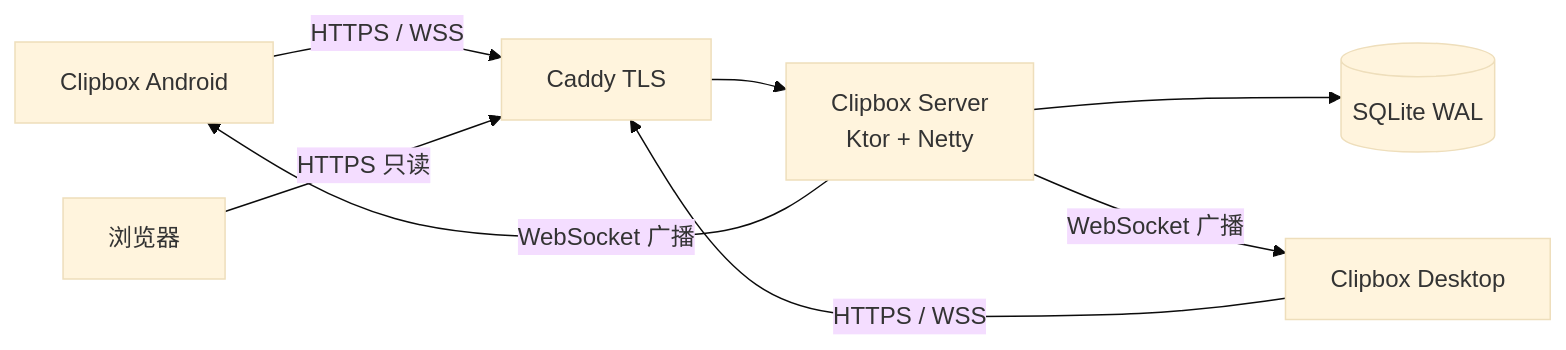
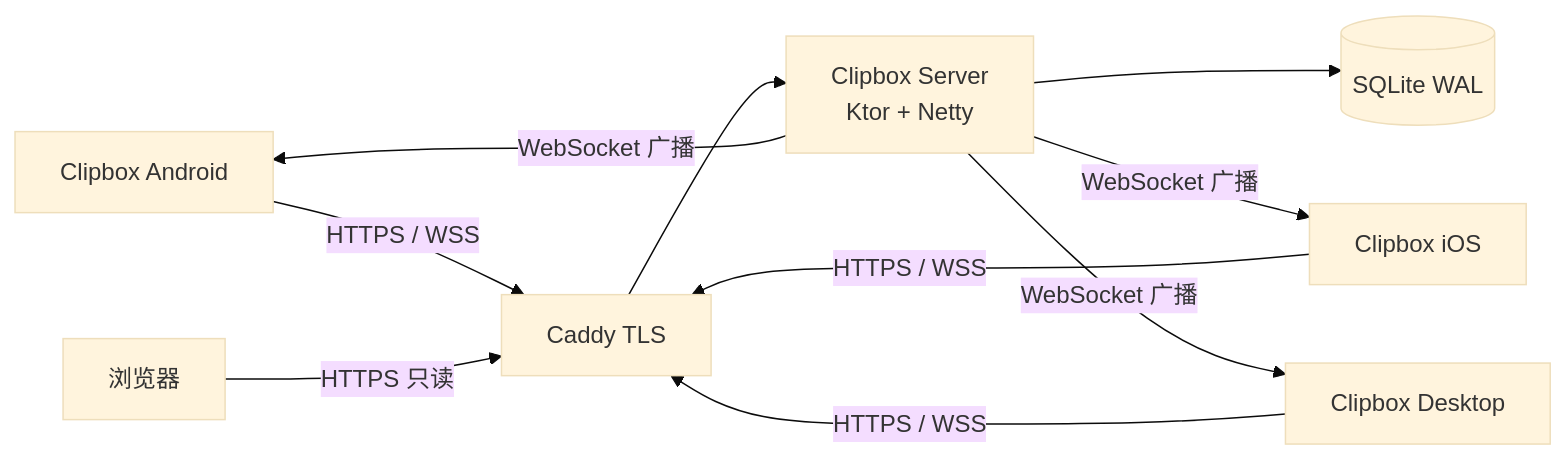
Before and after one commit to xingfengwxx/Clipbox: the diagram in docs/README.md, drawn with Mermaid (base theme). The commit also changed other lines of this file and 2 other files, not shown here.

````diff
--- a/docs/README.md
+++ b/docs/README.md
@@ -25,10 +26,12 @@
 ```mermaid
 flowchart LR
     Android[Clipbox Android] -->|HTTPS / WSS| Caddy[Caddy TLS]
+    iOS[Clipbox iOS] -->|HTTPS / WSS| Caddy
     Desktop[Clipbox Desktop] -->|HTTPS / WSS| Caddy
     Browser[浏览器] -->|HTTPS 只读| Caddy
     Caddy --> Server[Clipbox Server<br/>Ktor + Netty]
     Server --> SQLite[(SQLite WAL)]
     Server -->|WebSocket 广播| Android
+    Server -->|WebSocket 广播| iOS
     Server -->|WebSocket 广播| Desktop
 ```
````
